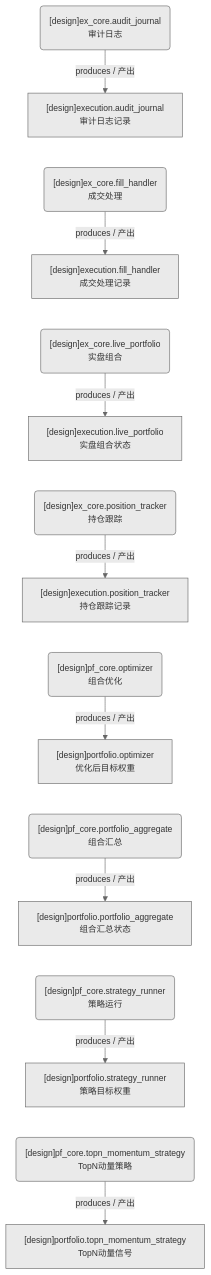
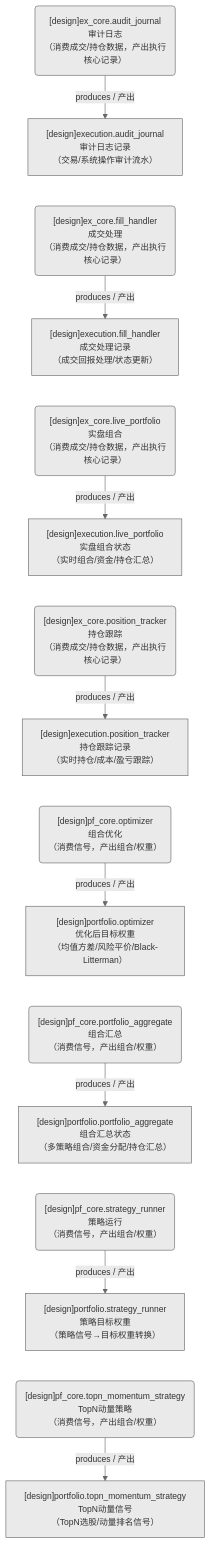
One commit to xuanFelixVan/ZephyrAlpha changed the second of 3 diagrams in docs/02_enterprise_architecture/05_dataflow_architecture/d_ex_pf_core.md. Above: the diagram before and after it, drawn with Mermaid. The commit also changed other lines of this file and 11 other files, not shown here.

First line of the commit message:
feat(dataflow-diagram): 域文档新增全景合并图+运营态完整功能简述显示

````diff
--- a/docs/02_enterprise_architecture/05_dataflow_architecture/d_ex_pf_core.md
+++ b/docs/02_enterprise_architecture/05_dataflow_architecture/d_ex_pf_core.md
@@ -23,35 +71,35 @@
 ```mermaid
 %%{init: {'theme': 'base', 'themeVariables': {'primaryColor': '#eaeaea', 'primaryTextColor': '#333333', 'primaryBorderColor': '#666666', 'lineColor': '#666666', 'secondaryColor': '#eaeaea', 'tertiaryColor': '#eaeaea', 'fontSize': '14px'}}}%%
 flowchart TD
-    DS11263["[design]execution.audit_journal<br/>审计日志记录"]
-    DS11264["[design]execution.fill_handler<br/>成交处理记录"]
-    DS11266["[design]execution.live_portfolio<br/>实盘组合状态"]
-    DS11265["[design]execution.position_tracker<br/>持仓跟踪记录"]
-    DS11267["[design]portfolio.optimizer<br/>优化后目标权重"]
-    DS11268["[design]portfolio.portfolio_aggregate<br/>组合汇总状态"]
-    DS11269["[design]portfolio.strategy_runner<br/>策略目标权重"]
-    DS11270["[design]portfolio.topn_momentum_strategy<br/>TopN动量信号"]
-    JOB757627("[design]ex_core.audit_journal<br/>审计日志")
-    JOB757628("[design]ex_core.fill_handler<br/>成交处理")
-    JOB757630("[design]ex_core.live_portfolio<br/>实盘组合")
-    JOB757629("[design]ex_core.position_tracker<br/>持仓跟踪")
-    JOB757631("[design]pf_core.optimizer<br/>组合优化")
-    JOB757632("[design]pf_core.portfolio_aggregate<br/>组合汇总")
-    JOB757633("[design]pf_core.strategy_runner<br/>策略运行")
-    JOB757634("[design]pf_core.topn_momentum_strategy<br/>TopN动量策略")
+    DS11263["[design]execution.audit_journal<br/>审计日志记录<br/>（交易/系统操作审计流水）"]
+    DS11264["[design]execution.fill_handler<br/>成交处理记录<br/>（成交回报处理/状态更新）"]
+    DS11266["[design]execution.live_portfolio<br/>实盘组合状态<br/>（实时组合/资金/持仓汇总）"]
+    DS11265["[design]execution.position_tracker<br/>持仓跟踪记录<br/>（实时持仓/成本/盈亏跟踪）"]
+    DS11267["[design]portfolio.optimizer<br/>优化后目标权重<br/>（均值方差/风险平价/Black-Litterman）"]
+    DS11268["[design]portfolio.portfolio_aggregate<br/>组合汇总状态<br/>（多策略组合/资金分配/持仓汇总）"]
+    DS11269["[design]portfolio.strategy_runner<br/>策略目标权重<br/>（策略信号→目标权重转换）"]
+    DS11270["[design]portfolio.topn_momentum_strategy<br/>TopN动量信号<br/>（TopN选股/动量排名信号）"]
+    JOB757627("[design]ex_core.audit_journal<br/>审计日志<br/>（消费成交/持仓数据，产出执行核心记录）")
+    JOB757628("[design]ex_core.fill_handler<br/>成交处理<br/>（消费成交/持仓数据，产出执行核心记录）")
+    JOB757630("[design]ex_core.live_portfolio<br/>实盘组合<br/>（消费成交/持仓数据，产出执行核心记录）")
+    JOB757629("[design]ex_core.position_tracker<br/>持仓跟踪<br/>（消费成交/持仓数据，产出执行核心记录）")
+    JOB757631("[design]pf_core.optimizer<br/>组合优化<br/>（消费信号，产出组合/权重）")
+    JOB757632("[design]pf_core.portfolio_aggregate<br/>组合汇总<br/>（消费信号，产出组合/权重）")
+    JOB757633("[design]pf_core.strategy_runner<br/>策略运行<br/>（消费信号，产出组合/权重）")
+    JOB757634("[design]pf_core.topn_momentum_strategy<br/>TopN动量策略<br/>（消费信号，产出组合/权重）")
     JOB757627 -->|produces / 产出| DS11263
     JOB757628 -->|produces / 产出| DS11264
     JOB757629 -->|produces / 产出| DS11265
     JOB757630 -->|produces / 产出| DS11266
     JOB757631 -->|produces / 产出| DS11267
     JOB757632 -->|produces / 产出| DS11268
     JOB757633 -->|produces / 产出| DS11269
     JOB757634 -->|produces / 产出| DS11270
     DS11263 ~~~ JOB757628
     DS11264 ~~~ JOB757630
     DS11266 ~~~ JOB757629
     DS11265 ~~~ JOB757631
     DS11267 ~~~ JOB757632
     DS11268 ~~~ JOB757633
     DS11269 ~~~ JOB757634
 ```
````
